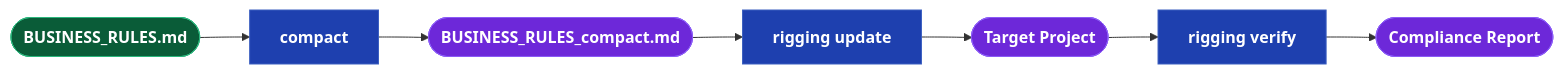
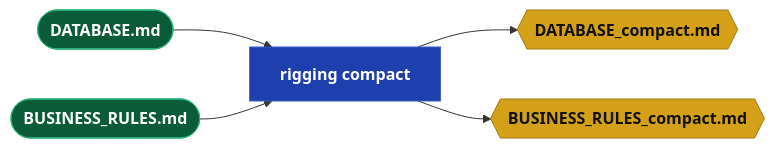
One commit to webcloudstudio/Drydock changed the eighth of 10 diagrams in docs/Drydock_Specification.md. Above: the diagram before and after it, drawn with Mermaid. The commit also changed other lines of this file and 2 other files, not shown here.

````diff
--- a/docs/Drydock_Specification.md
+++ b/docs/Drydock_Specification.md
@@ -1091,13 +1132,14 @@
 ```mermaid
 flowchart LR
   classDef dir    fill:#0a5c38,stroke:#2cb67d,color:#fff,font-weight:bold
+  classDef md     fill:#d4a017,stroke:#a07810,color:#111,font-weight:bold
   classDef script fill:#1e40af,stroke:#3b5fc0,color:#fff,font-weight:bold
+  classDef prompt fill:#c2410c,stroke:#ea580c,color:#fff,font-weight:bold
   classDef output fill:#6d28d9,stroke:#8b5cf6,color:#fff,font-weight:bold
+  classDef web    fill:#be123c,stroke:#fb7185,color:#fff,font-weight:bold
 
-  BR(["BUSINESS_RULES.md"]):::dir --> COMPACT["compact"]:::script
-  COMPACT --> BRC(["BUSINESS_RULES_compact.md"]):::output
-  BRC --> UPDATE["rigging update"]:::script
-  UPDATE --> TARGET(["Target Project"]):::output
-  TARGET --> VERIFY["rigging verify"]:::script
-  VERIFY --> REPORT(["Compliance Report"]):::output
+  DB(["DATABASE.md"]):::dir --> COMPACT["rigging compact"]:::script
+  BR(["BUSINESS_RULES.md"]):::dir --> COMPACT
+  COMPACT --> DBC{{"DATABASE_compact.md"}}:::md
+  COMPACT --> BRC{{"BUSINESS_RULES_compact.md"}}:::md
 ```
````
